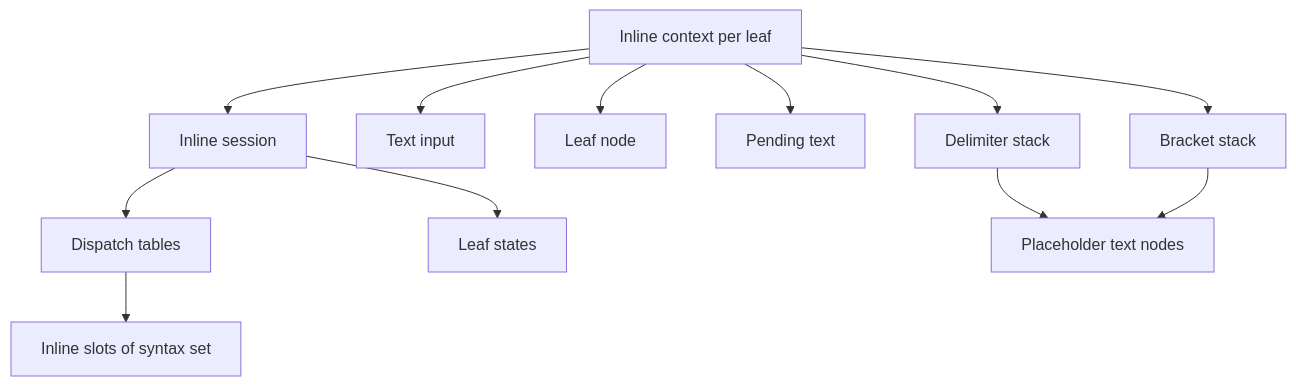
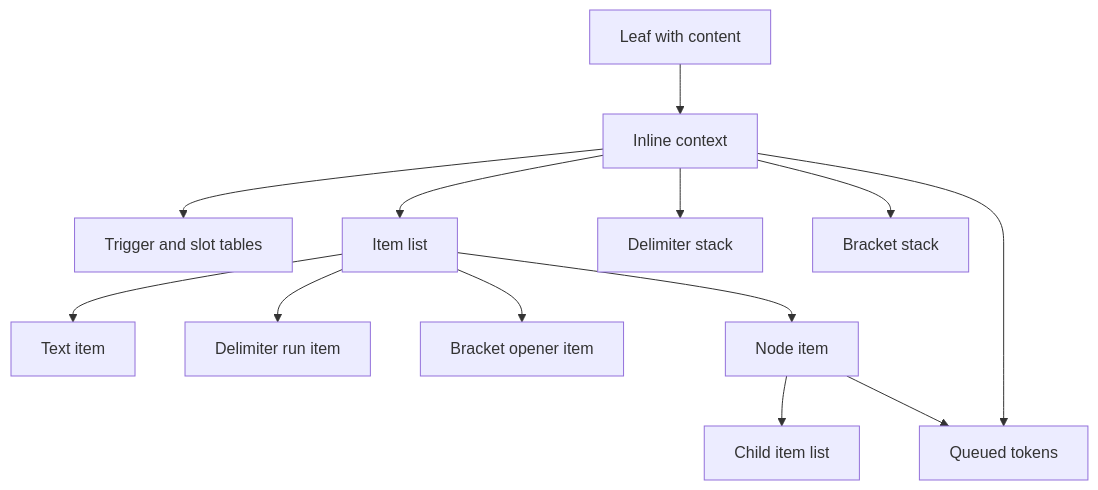
One commit to ktdevx/amark-private2 changed the fourth of 4 diagrams in .kiro/specs/inline-parser/design.md. Above: the diagram before and after it, drawn with Mermaid. The commit also changed other lines of this file and 4 other files, not shown here.

````diff
--- a/.kiro/specs/inline-parser/design.md
+++ b/.kiro/specs/inline-parser/design.md
@@ -954,14 +749,15 @@
 ```mermaid
 graph TB
-    Session[Inline session] --> Tables[Dispatch tables]
-    Session --> LeafStates[Leaf states]
-    Ctx[Inline context per leaf] --> Session
-    Ctx --> Input[Text input]
-    Ctx --> Leaf[Leaf node]
-    Ctx --> Pending[Pending text]
-    Ctx --> Delims[Delimiter stack]
-    Ctx --> Brackets[Bracket stack]
-    Delims --> Placeholders[Placeholder text nodes]
-    Brackets --> Placeholders
-    Tables --> Slots[Inline slots of syntax set]
+    Leaf[Leaf with content] --> Ctx[Inline context]
+    Ctx --> Tables[Trigger and slot tables]
+    Ctx --> ItemList[Item list]
+    Ctx --> DelimStack[Delimiter stack]
+    Ctx --> BracketStack[Bracket stack]
+    Ctx --> TokenQueue[Queued tokens]
+    ItemList --> TextItem[Text item]
+    ItemList --> RunItem[Delimiter run item]
+    ItemList --> OpenerItem[Bracket opener item]
+    ItemList --> NodeItem[Node item]
+    NodeItem --> Children[Child item list]
+    NodeItem --> TokenQueue
 ```
````
